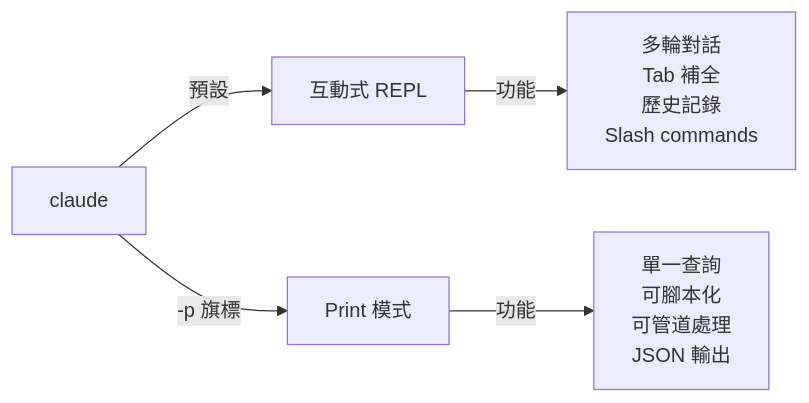
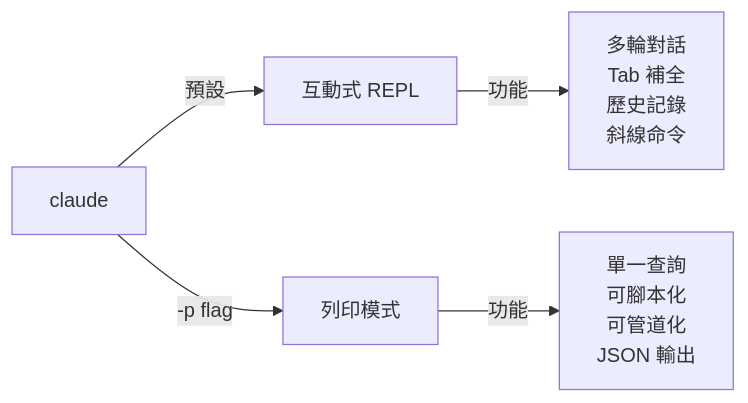
Before and after one commit to huckly/claude-howto-zh-tw: the second of 2 diagrams in 10-cli/README.md, drawn with Mermaid. The commit also changed other lines of this file, not shown here.

````diff
--- a/10-cli/README.md
+++ b/10-cli/README.md
@@ -76,7 +76,7 @@
 ```mermaid
 graph LR
     A["claude"] -->|預設| B["互動式 REPL"]
-    A -->|"-p 旗標"| C["Print 模式"]
-    B -->|功能| D["多輪對話<br>Tab 補全<br>歷史記錄<br>Slash commands"]
-    C -->|功能| E["單一查詢<br>可腳本化<br>可管道處理<br>JSON 輸出"]
+    A -->|"-p flag"| C["列印模式"]
+    B -->|功能| D["多輪對話<br>Tab 補全<br>歷史記錄<br>斜線命令"]
+    C -->|功能| E["單一查詢<br>可腳本化<br>可管道化<br>JSON 輸出"]
 ```
````
